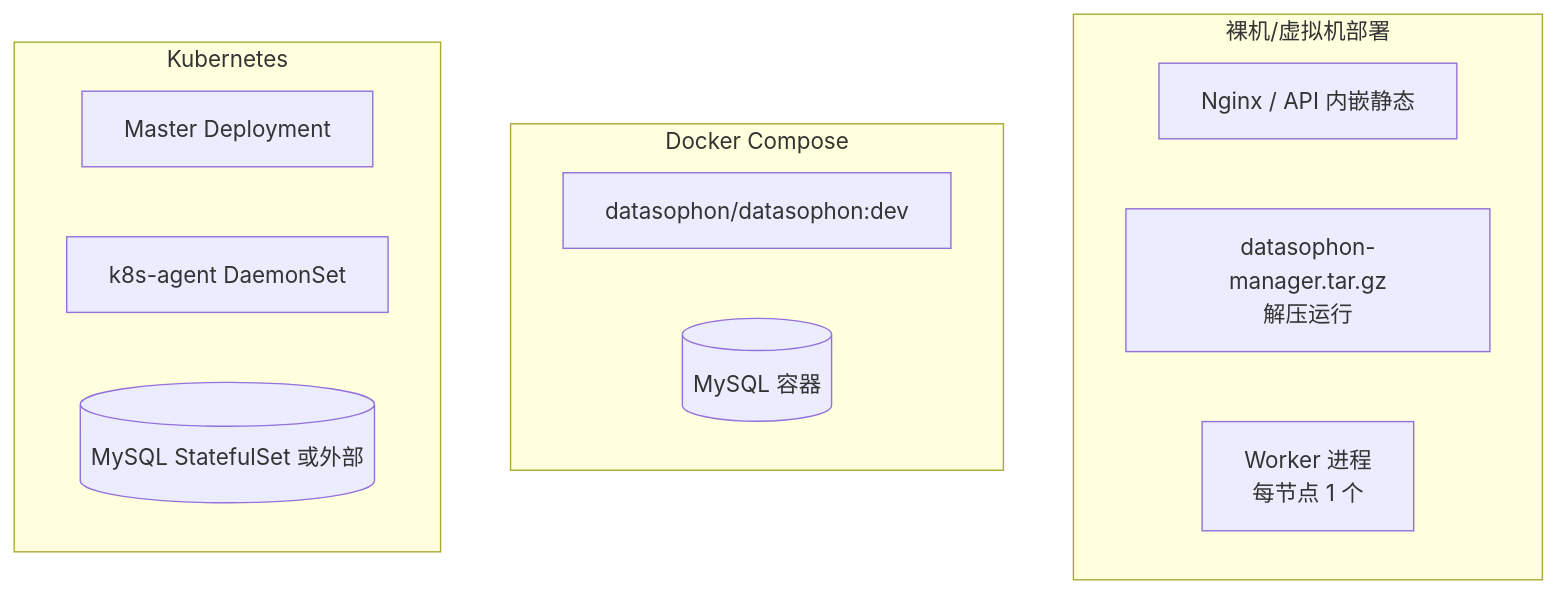
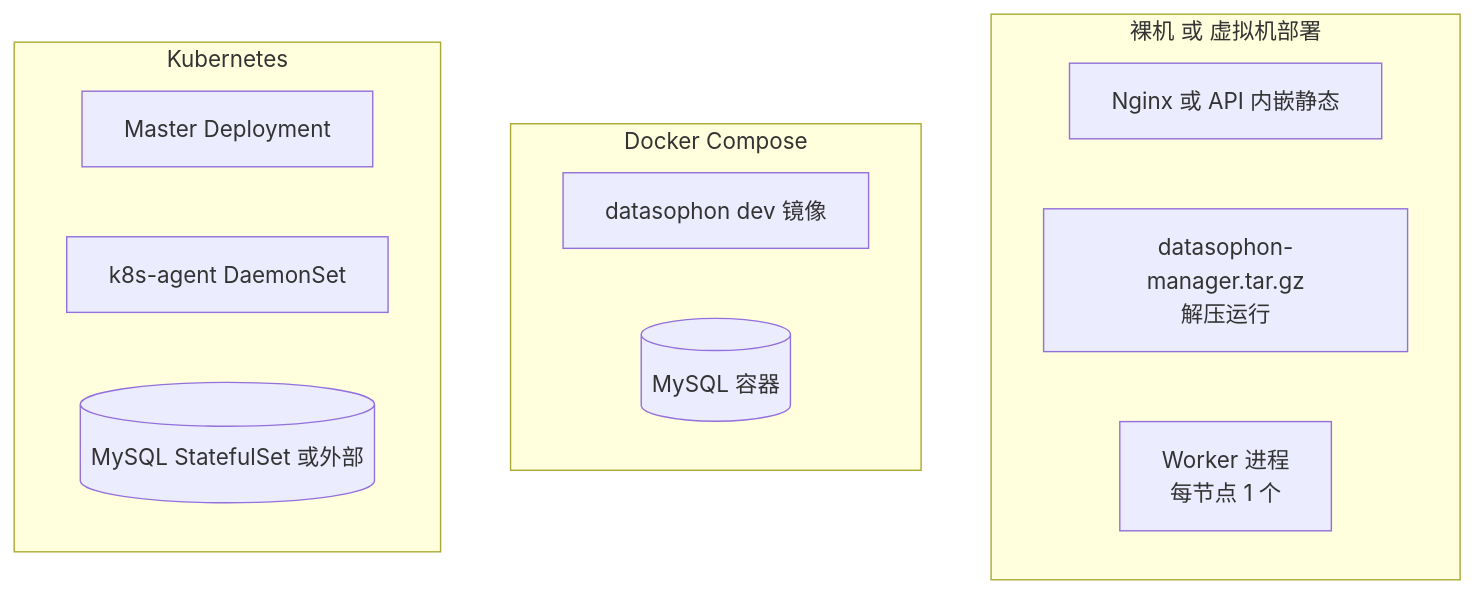
Before and after one commit to 88fantasy/datasophon: the ninth of 9 diagrams in ARCHITECTURE.md, drawn with Mermaid. The commit also changed other lines of this file and 45 other files, not shown here.

First line of the commit message:
build(assembly): 新增 datasophon-assembly 模块，统一打包 api/worker/cli

````diff
--- a/ARCHITECTURE.md
+++ b/ARCHITECTURE.md
@@ -470,17 +482,17 @@
 ```mermaid
 flowchart TB
-    subgraph Bare["裸机/虚拟机部署"]
-        BareUI[Nginx / API 内嵌静态]
-        BareAPI[datasophon-manager.tar.gz<br/>解压运行]
-        BareWk[Worker 进程<br/>每节点 1 个]
+    subgraph Bare["裸机 或 虚拟机部署"]
+        BareUI["Nginx 或 API 内嵌静态"]
+        BareAPI["datasophon-manager.tar.gz<br/>解压运行"]
+        BareWk["Worker 进程<br/>每节点 1 个"]
     end
     subgraph Docker["Docker Compose"]
-        DCApi[datasophon/datasophon:dev]
-        DCDB[(MySQL 容器)]
+        DCApi["datasophon dev 镜像"]
+        DCDB[("MySQL 容器")]
     end
     subgraph K8s["Kubernetes"]
-        KApi[Master Deployment]
-        KAgent[k8s-agent DaemonSet]
-        KDB[(MySQL StatefulSet 或外部)]
+        KApi["Master Deployment"]
+        KAgent["k8s-agent DaemonSet"]
+        KDB[("MySQL StatefulSet 或外部")]
     end
 ```
````
